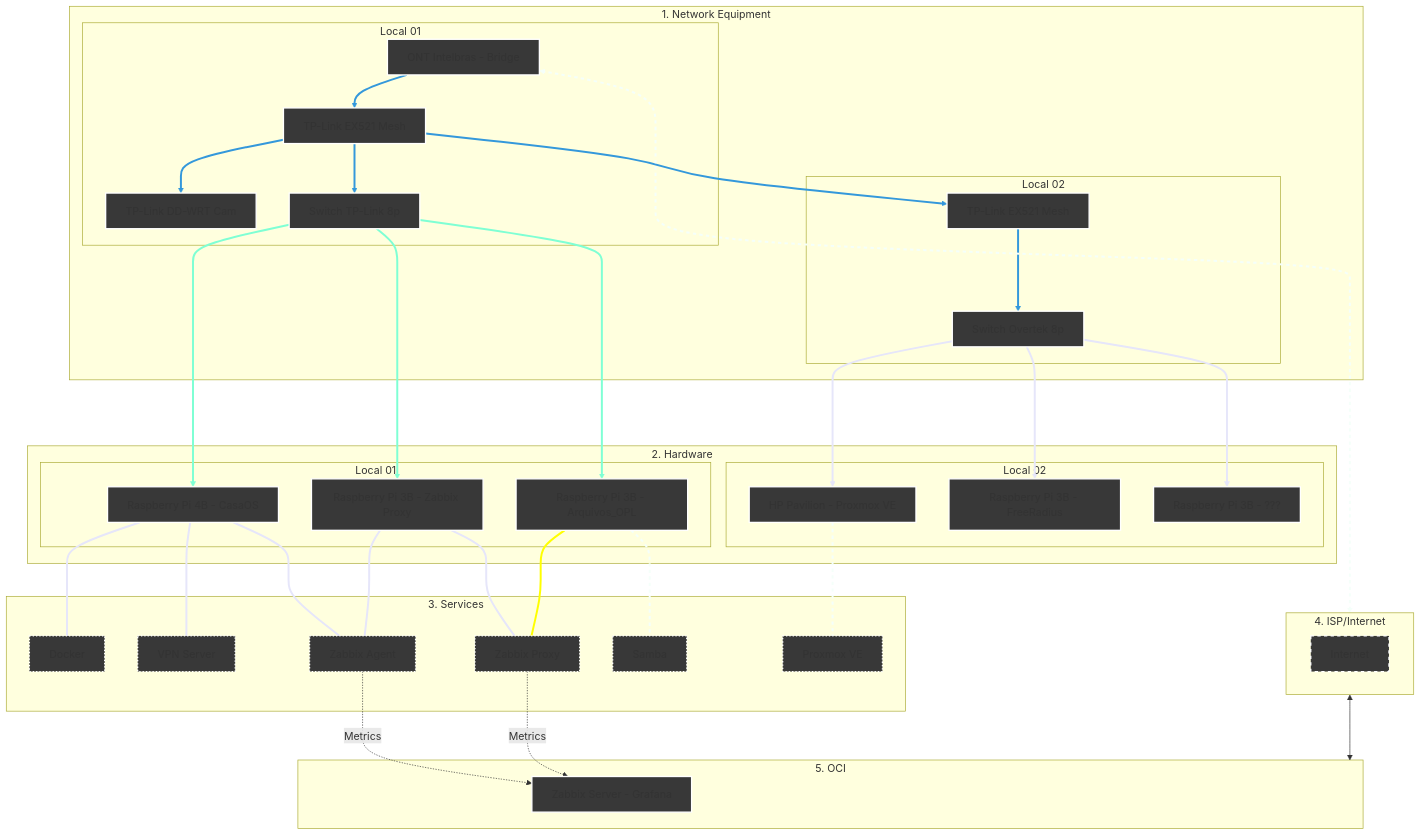
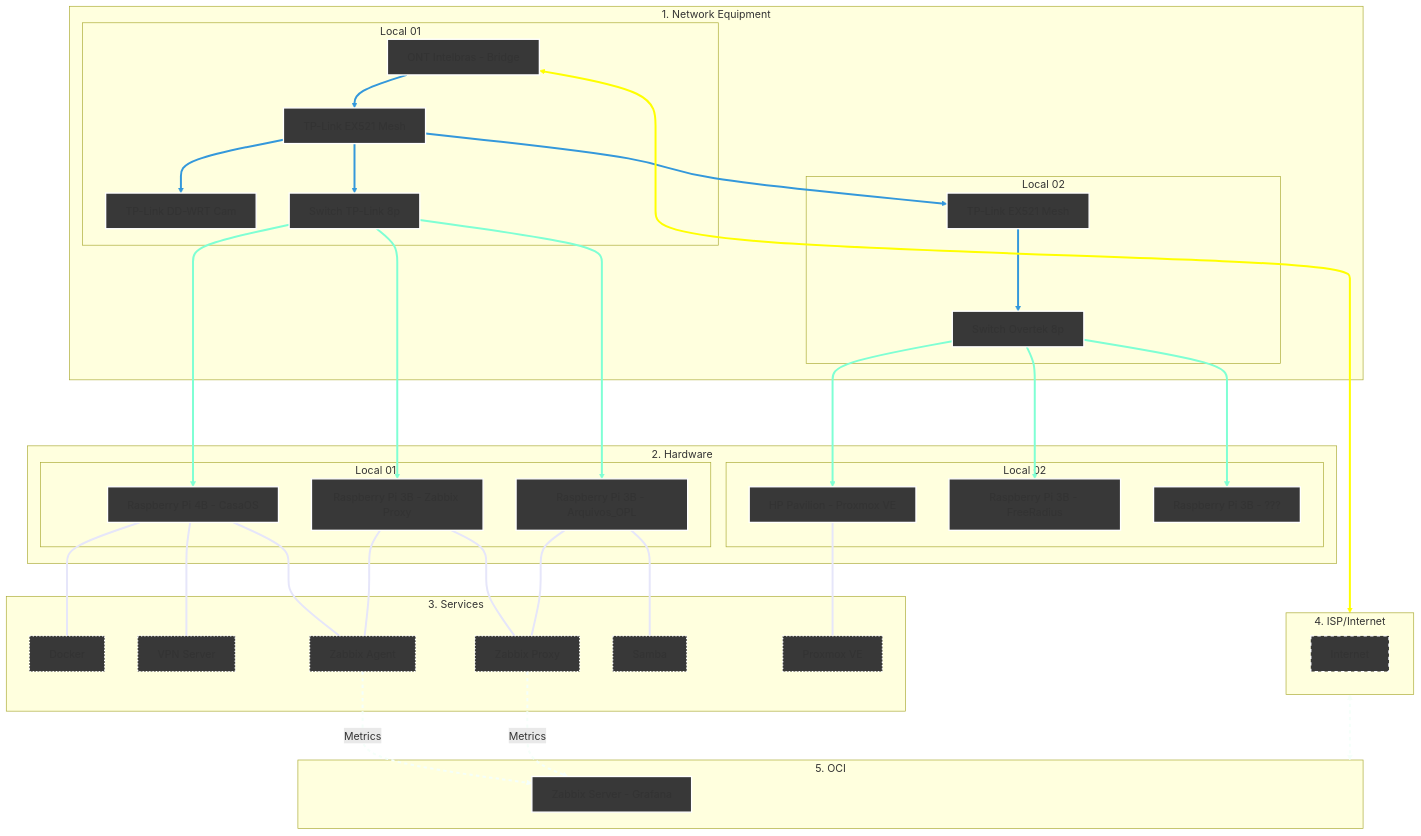
The diagram in Infrastructure/README.md (kevindexter22/Dr-Hardware-Autonet), drawn with Mermaid before and after one commit.

````diff
--- a/Infrastructure/README.md
+++ b/Infrastructure/README.md
@@ -13,75 +13,75 @@
 ```mermaid
 graph TD
     %% Styles
     classDef network fill:#383838,stroke:#FFFFFF,stroke-width:2px;
     classDef hardware fill:#383838,stroke:#FFFFFF,stroke-width:2px;
     classDef internet fill:#383838,stroke:#FFFFFF,stroke-width:2px,stroke-dasharray: 5 5;
     classDef services fill:#383838,stroke:#FFFFFF,stroke-width:2px, stroke-dasharray: 2 3;
     classDef oci fill:#383838,stroke:#FFFFFF,stroke-width:2px;
 
     %% 1. NETWORK EQUIPMENT
     subgraph Principal["1. Network Equipment"]
     subgraph S1 [Local 01]
         ONT[ONT Intelbras - Bridge]:::network --> R_Mesh1[TP-Link EX521 Mesh]:::network
         R_Mesh1 --> R_Cams[TP-Link DD-WRT Cam]:::network 
         R_Mesh1 --> SW1[Switch TP-Link 8p]:::network  
     end
     subgraph S2 [Local 02]
         R_Mesh1 --> R_Mesh2[TP-Link EX521 Mesh]:::network
         R_Mesh2 ---> SW2[Switch Overtek 8p]:::network
     end
     end
     
     %% 2. HARDWARE
     subgraph Principal02["2. Hardware"]
     subgraph S3 [Local 01]
         SW1 ---> RPi3B_1[Raspberry Pi 3B - Arquivos_OPL]:::hardware
         SW1 ---> RPi4B[Raspberry Pi 4B - CasaOS]:::hardware
         SW1 ---> RPi3B_2[Raspberry Pi 3B - Zabbix Proxy]:::hardware
     end
     subgraph S4 [Local 02]
         SW2 ---> HP[HP Pavilion - Proxmox VE]:::hardware
         SW2 ---> RPi3B_3[Raspberry Pi 3B - FreeRadius]:::hardware
         SW2 ---> RPi3B_4[Raspberry Pi 3B - ???]:::hardware
     end
     end
 
     %% 3. SERVICES     
     subgraph S5 [3. Services];
         RPi4B --- Docker[Docker]:::services
         RPi4B --- VPN[VPN Server]:::services
         RPi4B --- ZA[Zabbix Agent]:::services
         RPi3B_2 --- ZA[Zabbix Agent]:::services
         RPi3B_2 --- ZP[Zabbix Proxy]:::services
         RPi3B_1 --- ZP[Zabbix Proxy]:::services
         RPi3B_1 --- SMB1[Samba]:::services
         HP --- PVE[Proxmox VE]:::services        
     end
 
     %% 4. Internet (The Bridge)
     subgraph S6 [4. ISP/Internet]
            internet[Internet]:::internet
     end
 
     %% 5. Oracle Cloud Infrastructure
     subgraph S7 [5. OCI]
         ZS[Zabbix Server - Grafana]:::oci
     end
 
     %% Conections of data flow
     ONT <--> S6
     S6 <--> S7
     
     %% Logical conections
     ZA -.-> |Metrics| ZS
     ZP -.-> |Metrics| ZS 
 
     %% --- Set collor on conections ---
     
     linkStyle 0,1,2,3,4 stroke:#3498db,stroke-width:3px;
-    linkStyle 5,6,7 stroke:#7FFFD4,stroke-width:3px;
-    linkStyle 8,9,10,11,12,13,14,15 stroke:#E6E6FA,stroke-width:3px;
-    linkStyle 16 stroke:#FFFF00,stroke-width:3px;
-    linkStyle 17,18,19 stroke:#F5FFFA,stroke-width:3px,stroke-dasharray: 5 5;
+    linkStyle 5,6,7,8,9,10 stroke:#7FFFD4,stroke-width:3px;
+    linkStyle 11,12,13,14,15,16,17,18 stroke:#E6E6FA,stroke-width:3px;
+    linkStyle 19 stroke:#FFFF00,stroke-width:3px;
+    linkStyle 20,21,22 stroke:#F5FFFA,stroke-width:3px,stroke-dasharray: 5 5;
 
 ```
````
